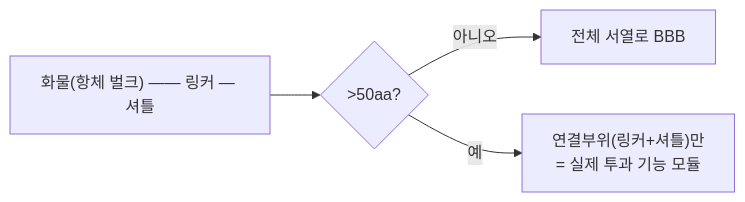
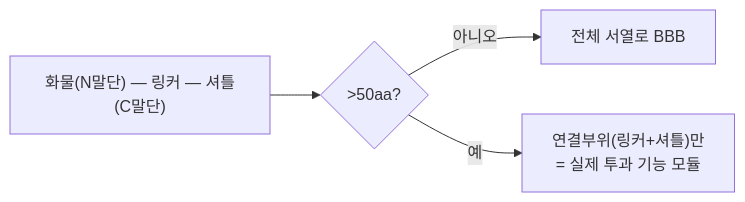
The seventh of 8 diagrams in 아키텍처.md (yunseul6028/BBB-Optimizer), drawn with Mermaid before and after one commit. The commit also changed other lines of this file, not shown here.

````diff
--- a/아키텍처.md
+++ b/아키텍처.md
@@ -272,6 +237,6 @@
 ```mermaid
 flowchart LR
-  FULL["화물(항체 벌크) —— 링커 — 셔틀"] --> CUT{">50aa?"}
+  FULL["화물(N말단) — 링커 — 셔틀(C말단)"] --> CUT{">50aa?"}
   CUT -->|아니오| WHOLE["전체 서열로 BBB"]
   CUT -->|예| WIN["연결부위(링커+셔틀)만<br/>= 실제 투과 기능 모듈"]
 ```
````
